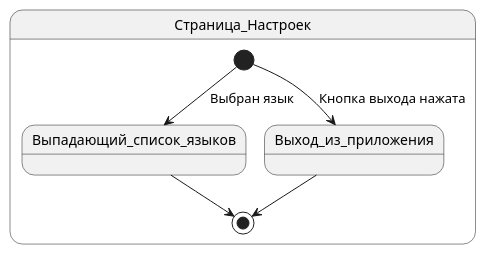
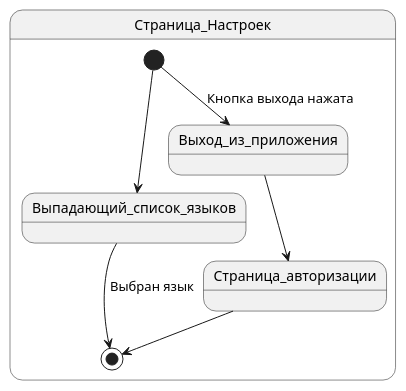
The diagram in uml/states/settings.puml (SilentSt/FastTasks), drawn with PlantUML before and after one commit. The commit also changed 26 other files, not shown here.

```diff
--- a/uml/states/settings.puml
+++ b/uml/states/settings.puml
@@ -1,13 +1,15 @@
 @startuml settings
 'https://plantuml.com/state-diagram
 
 state Страница_Настроек{
     
-    [*] -->  Выпадающий_список_языков : Выбран язык
+    [*] -->  Выпадающий_список_языков 
     [*]-->Выход_из_приложения : Кнопка выхода нажата
 
-    Выпадающий_список_языков --> [*]
-    Выход_из_приложения --> [*]
+    
+    Выход_из_приложения --> Страница_авторизации
+    Выпадающий_список_языков --> [*] : Выбран язык
+    Страница_авторизации --> [*]
 }
 
 @enduml
```
